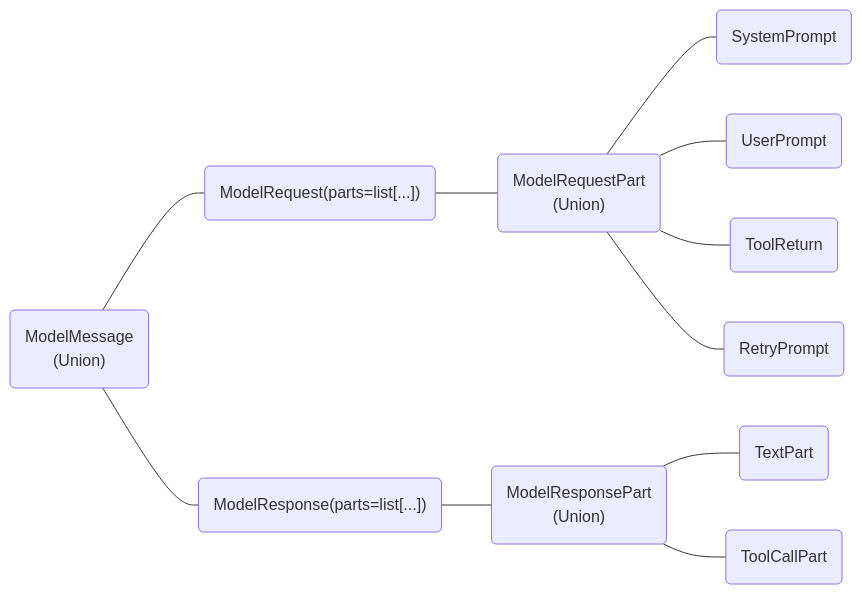
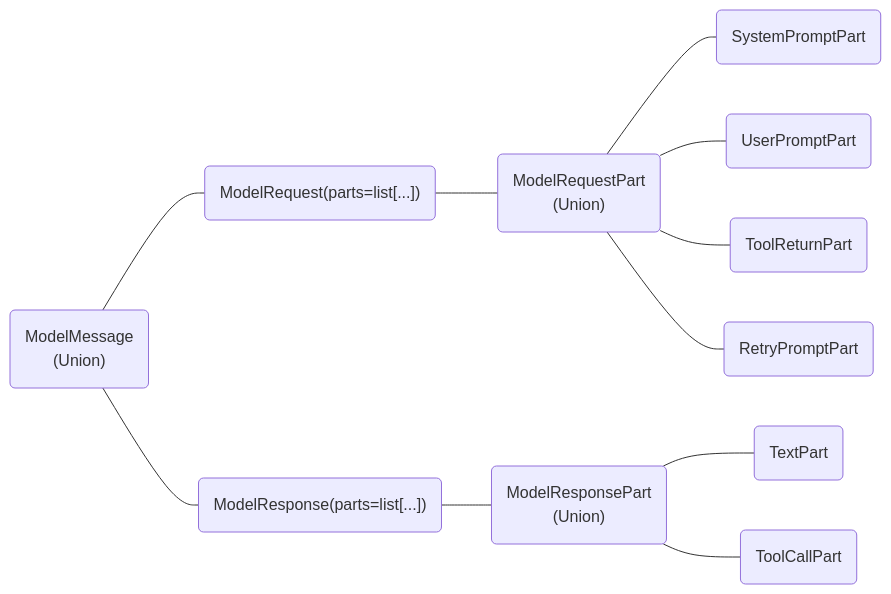
One commit to pydantic/pydantic-ai changed the diagram in docs/api/messages.md. Above: the diagram before and after it, drawn with Mermaid. The commit also changed other lines of this file and 29 other files, not shown here.

````diff
--- a/docs/api/messages.md
+++ b/docs/api/messages.md
@@ -5,13 +5,13 @@
 ```mermaid
 graph RL
-    SystemPrompt(SystemPrompt) --- ModelRequestPart
-    UserPrompt(UserPrompt) --- ModelRequestPart
-    ToolReturn(ToolReturn) --- ModelRequestPart
-    RetryPrompt(RetryPrompt) --- ModelRequestPart
+    SystemPromptPart(SystemPromptPart) --- ModelRequestPart
+    UserPromptPart(UserPromptPart) --- ModelRequestPart
+    ToolReturnPart(ToolReturnPart) --- ModelRequestPart
+    RetryPromptPart(RetryPromptPart) --- ModelRequestPart
     TextPart(TextPart) --- ModelResponsePart
     ToolCallPart(ToolCallPart) --- ModelResponsePart
     ModelRequestPart("ModelRequestPart<br>(Union)") --- ModelRequest
     ModelRequest("ModelRequest(parts=list[...])") --- ModelMessage
     ModelResponsePart("ModelResponsePart<br>(Union)") --- ModelResponse
     ModelResponse("ModelResponse(parts=list[...])") --- ModelMessage("ModelMessage<br>(Union)")
 ```
````
